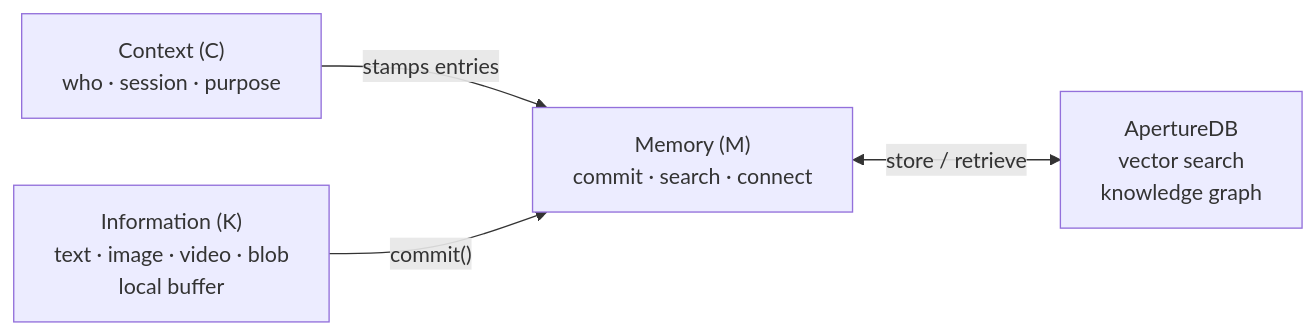
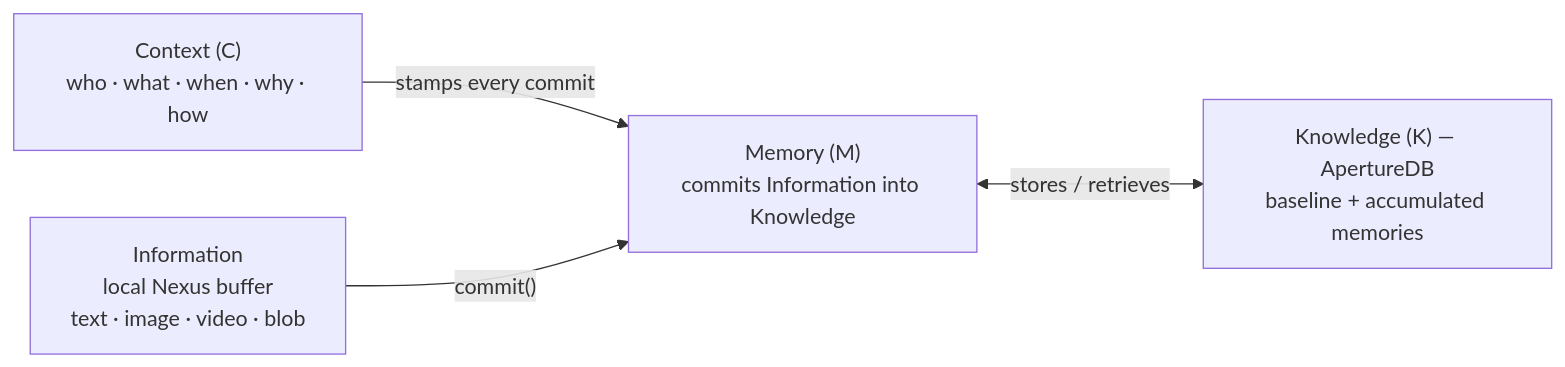
One commit to aperture-data/aperture-nexus changed the diagram in docs/README.md. Above: the diagram before and after it, drawn with Mermaid. The commit also changed other lines of this file and 2 other files, not shown here.

````diff
--- a/docs/README.md
+++ b/docs/README.md
@@ -27,11 +30,11 @@
 ```mermaid
 flowchart LR
-    I["Information (K)\ntext · image · video · blob\nlocal buffer"]
-    C["Context (C)\nwho · session · purpose"]
-    M["Memory (M)\ncommit · search · connect"]
-    DB["ApertureDB\nvector search\nknowledge graph"]
+    I["Information\nlocal Nexus buffer\ntext · image · video · blob"]
+    C["Context (C)\nwho · what · when · why · how"]
+    M["Memory (M)\ncommits Information into Knowledge"]
+    K["Knowledge (K) — ApertureDB\nbaseline + accumulated memories"]
 
-    C -->|"stamps entries"| M
+    C -->|"stamps every commit"| M
     I -->|"commit()"| M
-    M <-->|"store / retrieve"| DB
+    M <-->|"stores / retrieves"| K
 ```
````
